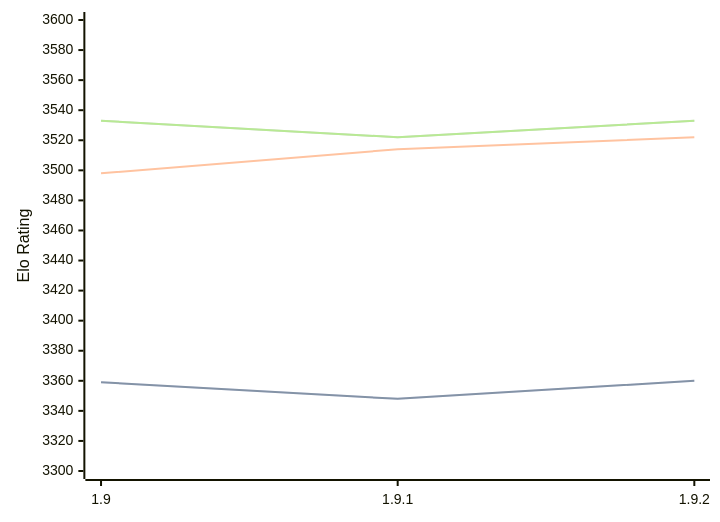
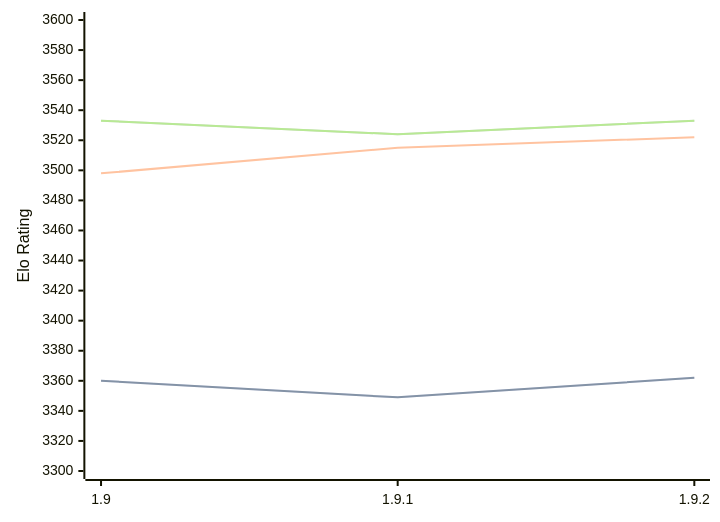
Before and after one commit to computer-chess-index/cci: the third of 3 diagrams in engines/Pawnocchio.md, drawn with Mermaid. The commit also changed other lines of this file, not shown here.

Commit message:
Update CCI Ratings (ELO VLTC) - 2026-06-16

````diff
--- a/engines/Pawnocchio.md
+++ b/engines/Pawnocchio.md
@@ -81,11 +81,11 @@
 ```mermaid
 %%{init: {"theme":"base","themeVariables":{"seriesColors:['#a3a3a3','#222221','#faa371']}}}%%
 xychart-beta
   x-axis ["1.9", "1.9.1", "1.9.2"]
   y-axis "Elo Rating" 3300 --> 3600
-  line "STC (8.0+0.08s)" [3359, 3348, 3360]
-  line "STC (8.0+0.08s)" [3359, 3348, 3360]
-  line "LTC (60.0+0.60s)" [3498, 3514, 3522]
-  line "VLTC (2m24s+1.12s)" [3533, 3522, 3533]
-  line "VLTC (2m24s+1.12s)" [3533, 3522, 3533]
+  line "STC (8.0+0.08s)" [3360, 3349, 3362]
+  line "STC (8.0+0.08s)" [3360, 3349, 3362]
+  line "LTC (60.0+0.60s)" [3498, 3515, 3522]
+  line "VLTC (2m24s+1.12s)" [3533, 3524, 3533]
+  line "VLTC (2m24s+1.12s)" [3533, 3524, 3533]
 ```
````
